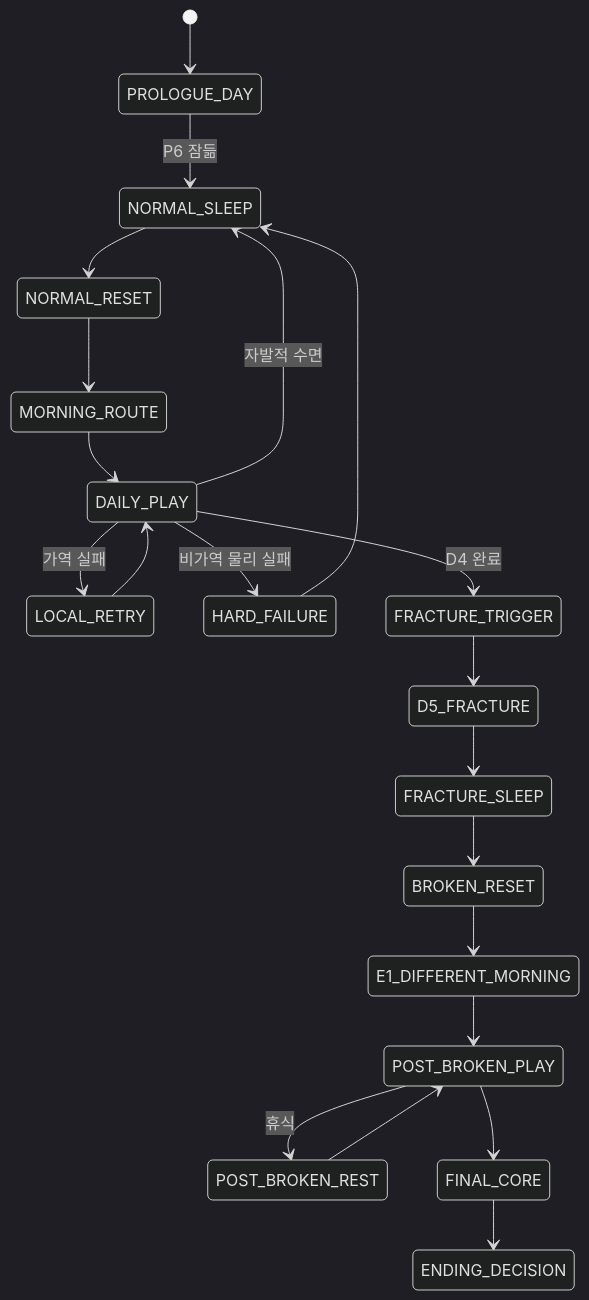
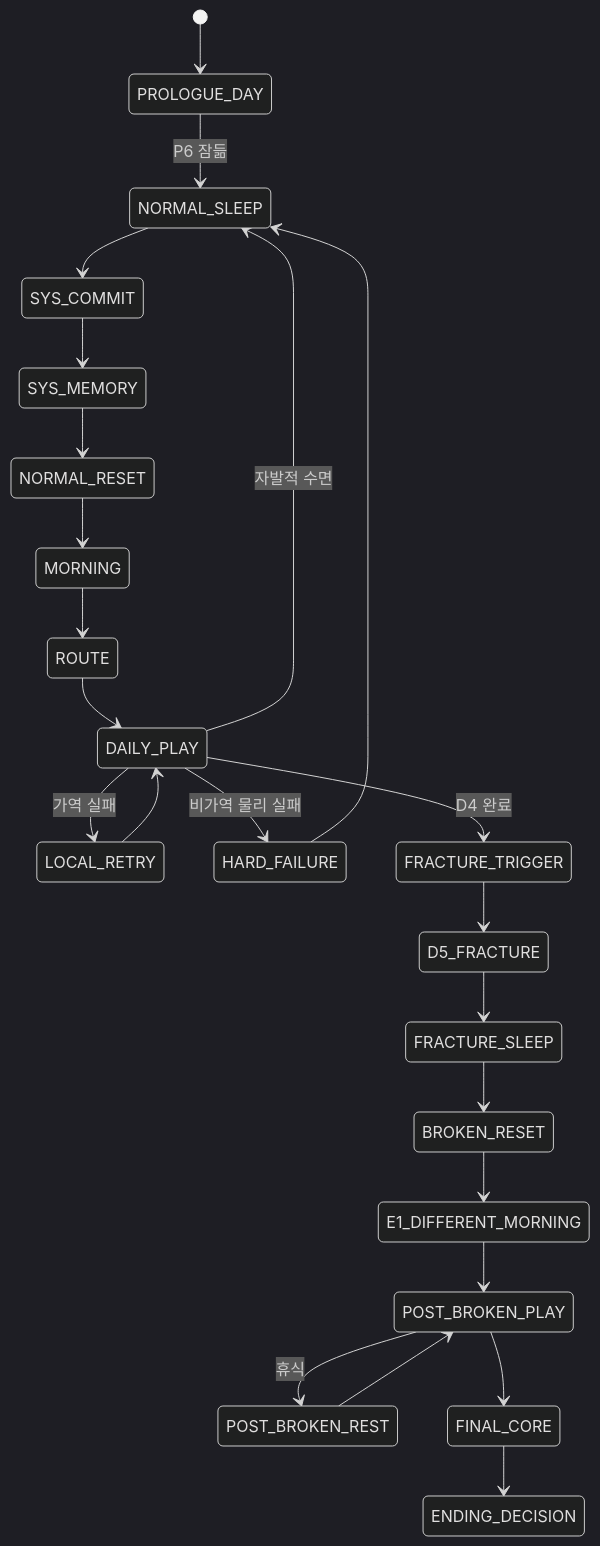
The first of 3 diagrams in ideas/md/v04/02_루프_관계_기억_색상서명시스템.md (devb-eru/ggb), drawn with Mermaid (dark theme) before and after one commit. The commit also changed other lines of this file and 13 other files, not shown here.

````diff
--- a/ideas/md/v04/02_루프_관계_기억_색상서명시스템.md
+++ b/ideas/md/v04/02_루프_관계_기억_색상서명시스템.md
@@ -100,23 +100,26 @@
 ```mermaid
 stateDiagram-v2
     [*] --> PROLOGUE_DAY
     PROLOGUE_DAY --> NORMAL_SLEEP: P6 잠듦
-    NORMAL_SLEEP --> NORMAL_RESET
-    NORMAL_RESET --> MORNING_ROUTE
-    MORNING_ROUTE --> DAILY_PLAY
+    NORMAL_SLEEP --> SYS_COMMIT
+    SYS_COMMIT --> SYS_MEMORY
+    SYS_MEMORY --> NORMAL_RESET
+    NORMAL_RESET --> MORNING
+    MORNING --> ROUTE
+    ROUTE --> DAILY_PLAY
     DAILY_PLAY --> LOCAL_RETRY: 가역 실패
     LOCAL_RETRY --> DAILY_PLAY
     DAILY_PLAY --> HARD_FAILURE: 비가역 물리 실패
     HARD_FAILURE --> NORMAL_SLEEP
     DAILY_PLAY --> NORMAL_SLEEP: 자발적 수면
     DAILY_PLAY --> FRACTURE_TRIGGER: D4 완료
     FRACTURE_TRIGGER --> D5_FRACTURE
     D5_FRACTURE --> FRACTURE_SLEEP
     FRACTURE_SLEEP --> BROKEN_RESET
     BROKEN_RESET --> E1_DIFFERENT_MORNING
     E1_DIFFERENT_MORNING --> POST_BROKEN_PLAY
     POST_BROKEN_PLAY --> POST_BROKEN_REST: 휴식
     POST_BROKEN_REST --> POST_BROKEN_PLAY
     POST_BROKEN_PLAY --> FINAL_CORE
     FINAL_CORE --> ENDING_DECISION
 ```
````
